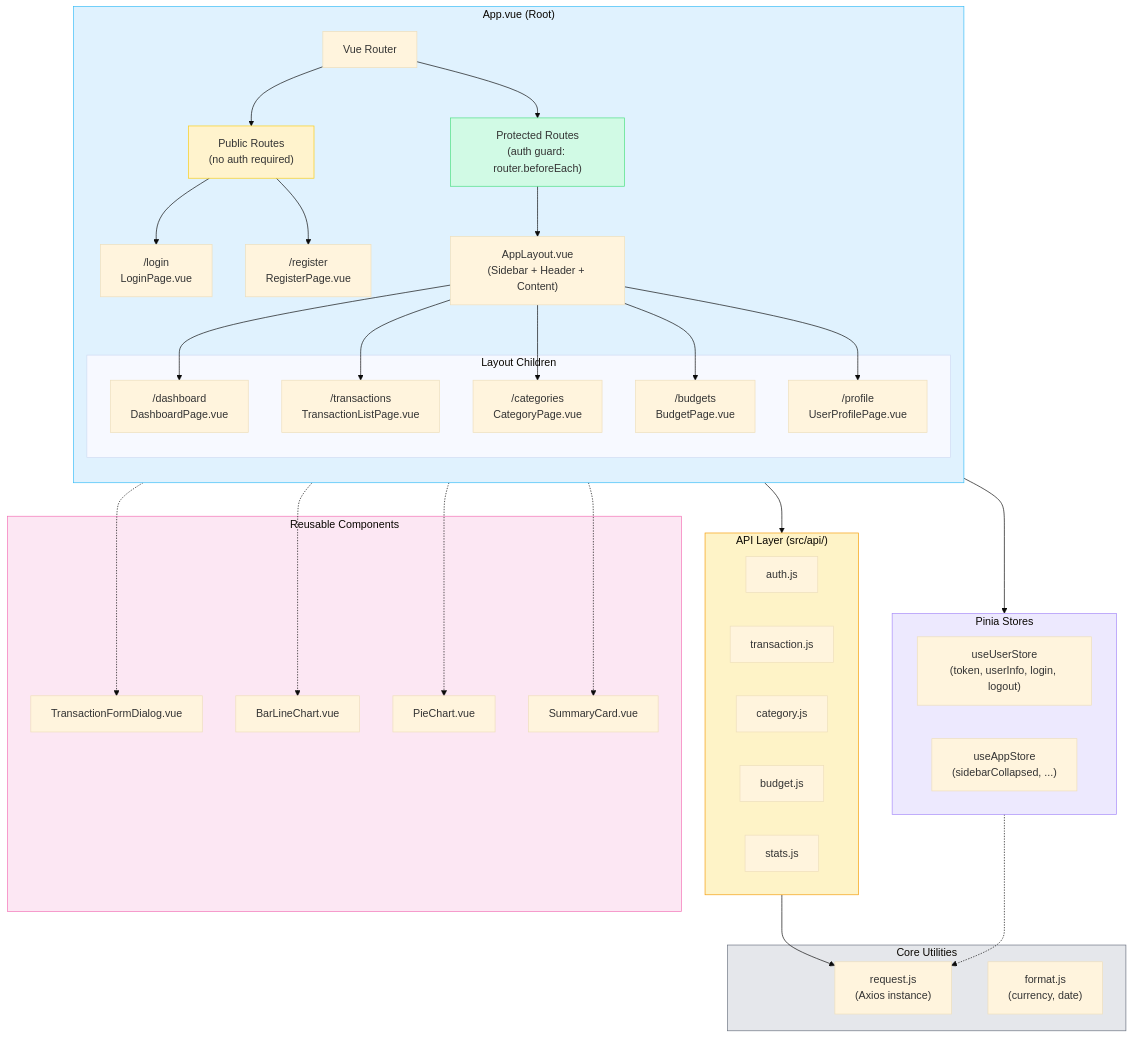
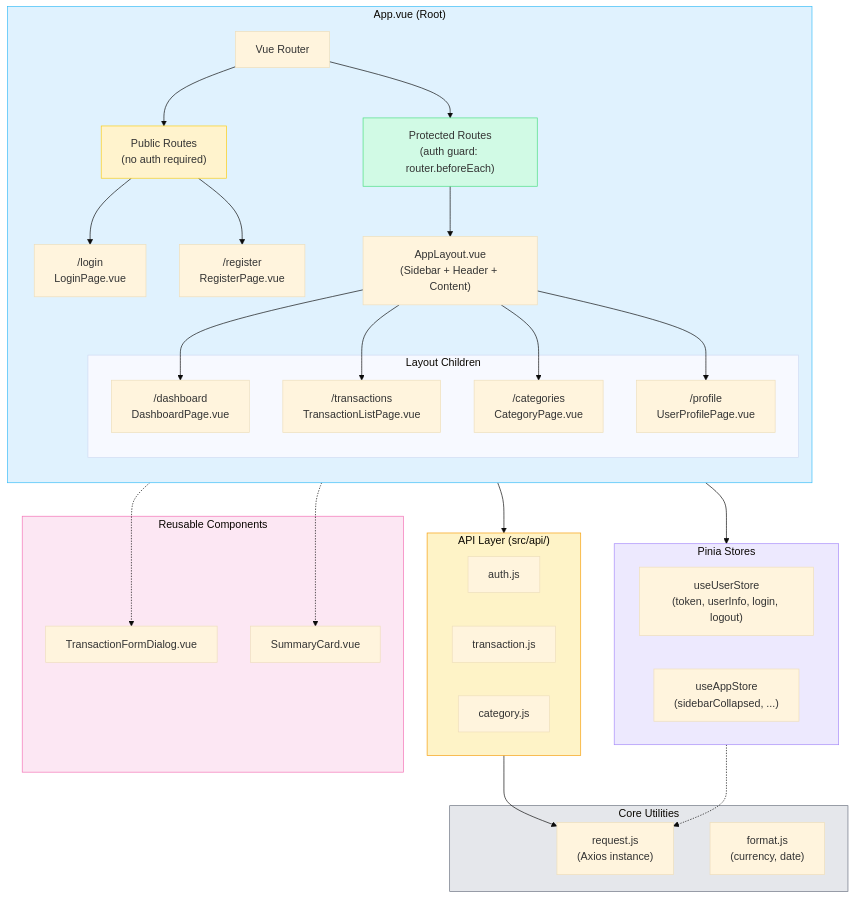
Before and after one commit to McGee314/online-book-keeping: the fifth of 6 diagrams in README.md, drawn with Mermaid (base theme). The commit also changed other lines of this file, not shown here.

Commit message:
docs: update README to reflect implemented features and architecture

````diff
--- a/README.md
+++ b/README.md
@@ -241,71 +241,63 @@
 ```mermaid
 graph TB
     subgraph APP["App.vue (Root)"]
         direction TB
         ROUTER["Vue Router"]
         ROUTER --> PUBLIC["Public Routes<br/>(no auth required)"]
         ROUTER --> PROTECTED["Protected Routes<br/>(auth guard: router.beforeEach)"]
 
         PUBLIC --> LOGIN["/login<br/>LoginPage.vue"]
         PUBLIC --> REGISTER["/register<br/>RegisterPage.vue"]
 
         PROTECTED --> LAYOUT["AppLayout.vue<br/>(Sidebar + Header + Content)"]
 
         subgraph LAYOUT_INNER["Layout Children"]
             DASHBOARD["/dashboard<br/>DashboardPage.vue"]
             T_LIST["/transactions<br/>TransactionListPage.vue"]
             CAT_PAGE["/categories<br/>CategoryPage.vue"]
-            BUDGET_PAGE["/budgets<br/>BudgetPage.vue"]
             PROFILE["/profile<br/>UserProfilePage.vue"]
         end
 
         LAYOUT --> DASHBOARD
         LAYOUT --> T_LIST
         LAYOUT --> CAT_PAGE
-        LAYOUT --> BUDGET_PAGE
         LAYOUT --> PROFILE
     end
 
     subgraph COMPONENTS["Reusable Components"]
         TXN_DIALOG["TransactionFormDialog.vue"]
-        BARLINE["BarLineChart.vue"]
-        PIE["PieChart.vue"]
         SUMMARY["SummaryCard.vue"]
     end
 
     T_LIST -.-> TXN_DIALOG
-    DASHBOARD -.-> BARLINE
-    DASHBOARD -.-> PIE
     DASHBOARD -.-> SUMMARY
 
     subgraph STORES["Pinia Stores"]
         USER_STORE["useUserStore<br/>(token, userInfo, login, logout)"]
         APP_STORE["useAppStore<br/>(sidebarCollapsed, ...)"]
     end
 
     subgraph API["API Layer (src/api/)"]
         AUTH_API["auth.js"]
         TXN_API["transaction.js"]
         CAT_API["category.js"]
-        BUDGET_API["budget.js"]
-        STATS_API["stats.js"]
     end
 
     subgraph CORE["Core Utilities"]
         REQUEST["request.js<br/>(Axios instance)"]
         FORMAT["format.js<br/>(currency, date)"]
     end
 
     LAYOUT_INNER --> API
     API --> REQUEST
     LAYOUT_INNER --> STORES
     STORES -.-> REQUEST
 
     style APP fill:#e0f2fe,stroke:#38bdf8
     style PUBLIC fill:#fff3cd,stroke:#facc15
     style PROTECTED fill:#d1fae5,stroke:#4ade80
     style COMPONENTS fill:#fce7f3,stroke:#f472b6
     style STORES fill:#ede9fe,stroke:#a78bfa
     style API fill:#fef3c7,stroke:#f59e0b
     style CORE fill:#e5e7eb,stroke:#6b7280
 ```
````
